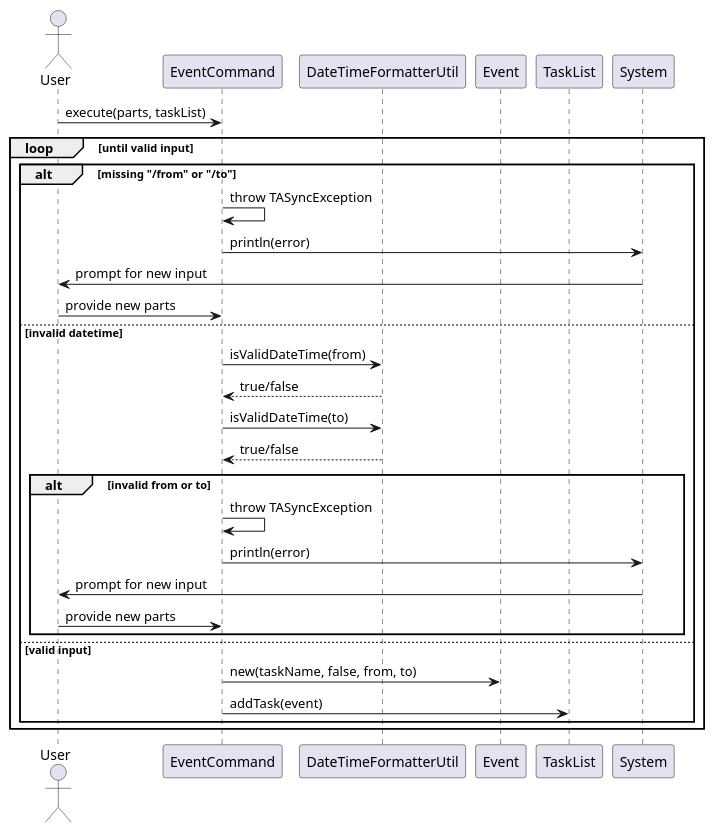
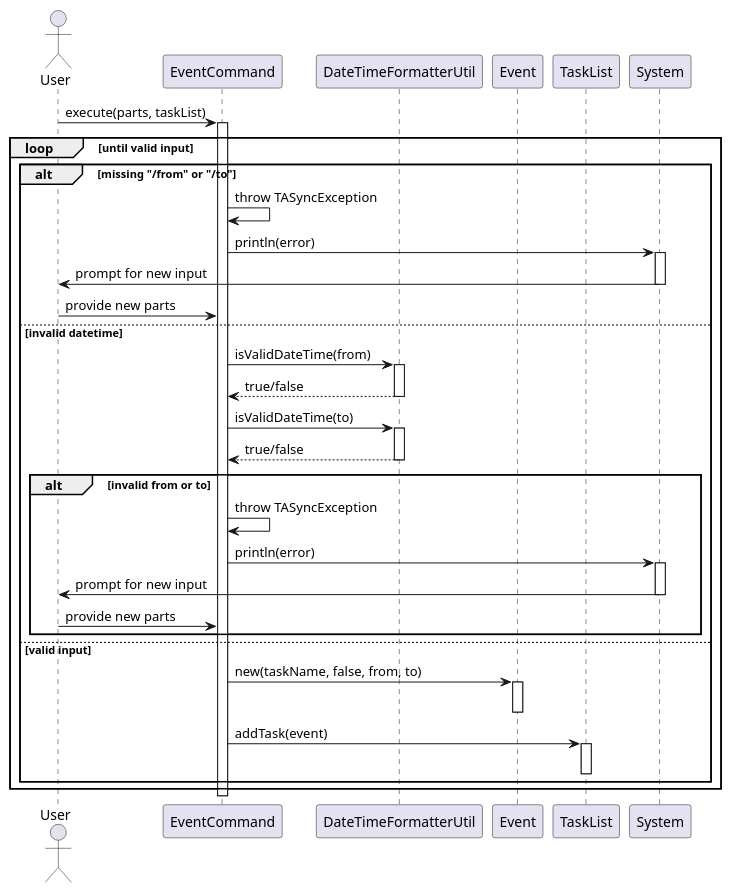
The diagram in docs/diagrams/tasklistcommands/EventCommandSequenceDiagram.puml (wongyihao02/tp), drawn with PlantUML before and after one commit. The commit also changed 19 other files, not shown here.

Commit message:
Add activation bar for task command sequence diagrams

```diff
--- a/docs/diagrams/tasklistcommands/EventCommandSequenceDiagram.puml
+++ b/docs/diagrams/tasklistcommands/EventCommandSequenceDiagram.puml
@@ -1,37 +1,54 @@
 @startuml
 'https://plantuml.com/sequence-diagram
 
 actor User
 
 participant "EventCommand" as EventCmd
 participant "DateTimeFormatterUtil" as Formatter
 participant "Event" as Event
 participant "TaskList" as TaskList
 participant "System" as Console
 
 User -> EventCmd : execute(parts, taskList)
+activate EventCmd
 
 loop until valid input
     alt missing "/from" or "/to"
         EventCmd -> EventCmd : throw TASyncException
         EventCmd -> Console : println(error)
+        activate Console
         Console -> User : prompt for new input
+        deactivate Console
         User -> EventCmd : provide new parts
     else invalid datetime
         EventCmd -> Formatter : isValidDateTime(from)
+        activate Formatter
         Formatter --> EventCmd : true/false
+        deactivate Formatter
+
         EventCmd -> Formatter : isValidDateTime(to)
+        activate Formatter
         Formatter --> EventCmd : true/false
+        deactivate Formatter
+
         alt invalid from or to
             EventCmd -> EventCmd : throw TASyncException
             EventCmd -> Console : println(error)
+            activate Console
             Console -> User : prompt for new input
+            deactivate Console
             User -> EventCmd : provide new parts
         end
     else valid input
         EventCmd -> Event : new(taskName, false, from, to)
+        activate Event
+        deactivate Event
+
         EventCmd -> TaskList : addTask(event)
+        activate TaskList
+        deactivate TaskList
     end
 end
 
+deactivate EventCmd
 @enduml
```
